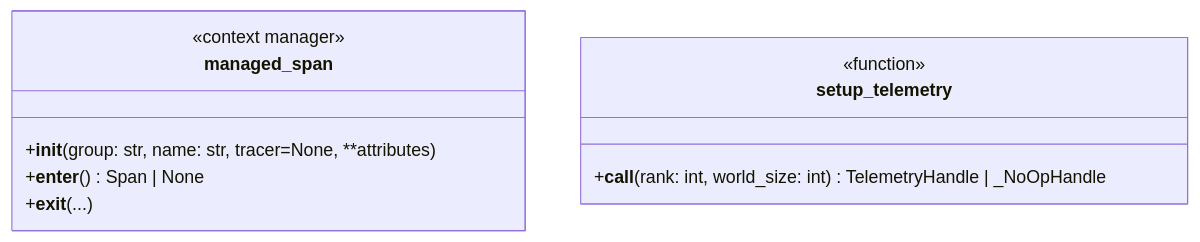
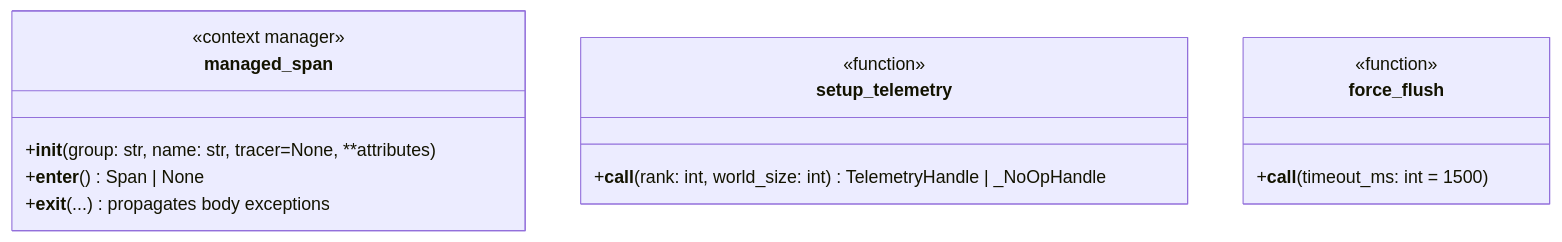
The second of 4 diagrams in docs/design/telemetry/NEMO_LENS.md (NVIDIA/nvidia-resiliency-ext), drawn with Mermaid before and after one commit. The commit also changed other lines of this file, not shown here.

````diff
--- a/docs/design/telemetry/NEMO_LENS.md
+++ b/docs/design/telemetry/NEMO_LENS.md
@@ -119,14 +163,19 @@
 ```mermaid
 classDiagram
     class managed_span {
         <<context manager>>
         +__init__(group: str, name: str, tracer=None, **attributes)
         +__enter__() Span | None
-        +__exit__(...)
+        +__exit__(...) propagates body exceptions
     }
 
     class setup_telemetry {
         <<function>>
         +__call__(rank: int, world_size: int) TelemetryHandle | _NoOpHandle
     }
+
+    class force_flush {
+        <<function>>
+        +__call__(timeout_ms: int = 1500)
+    }
 ```
````
